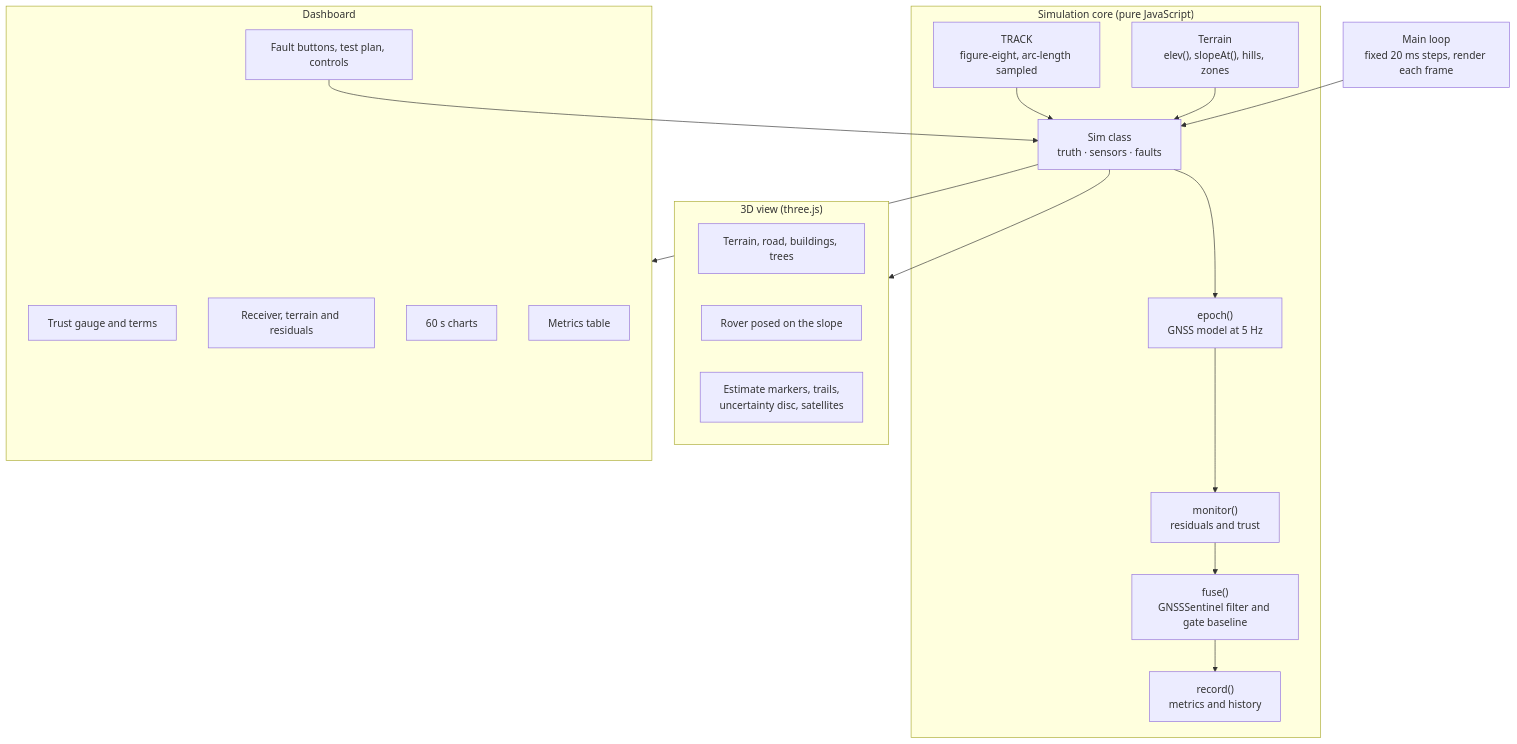
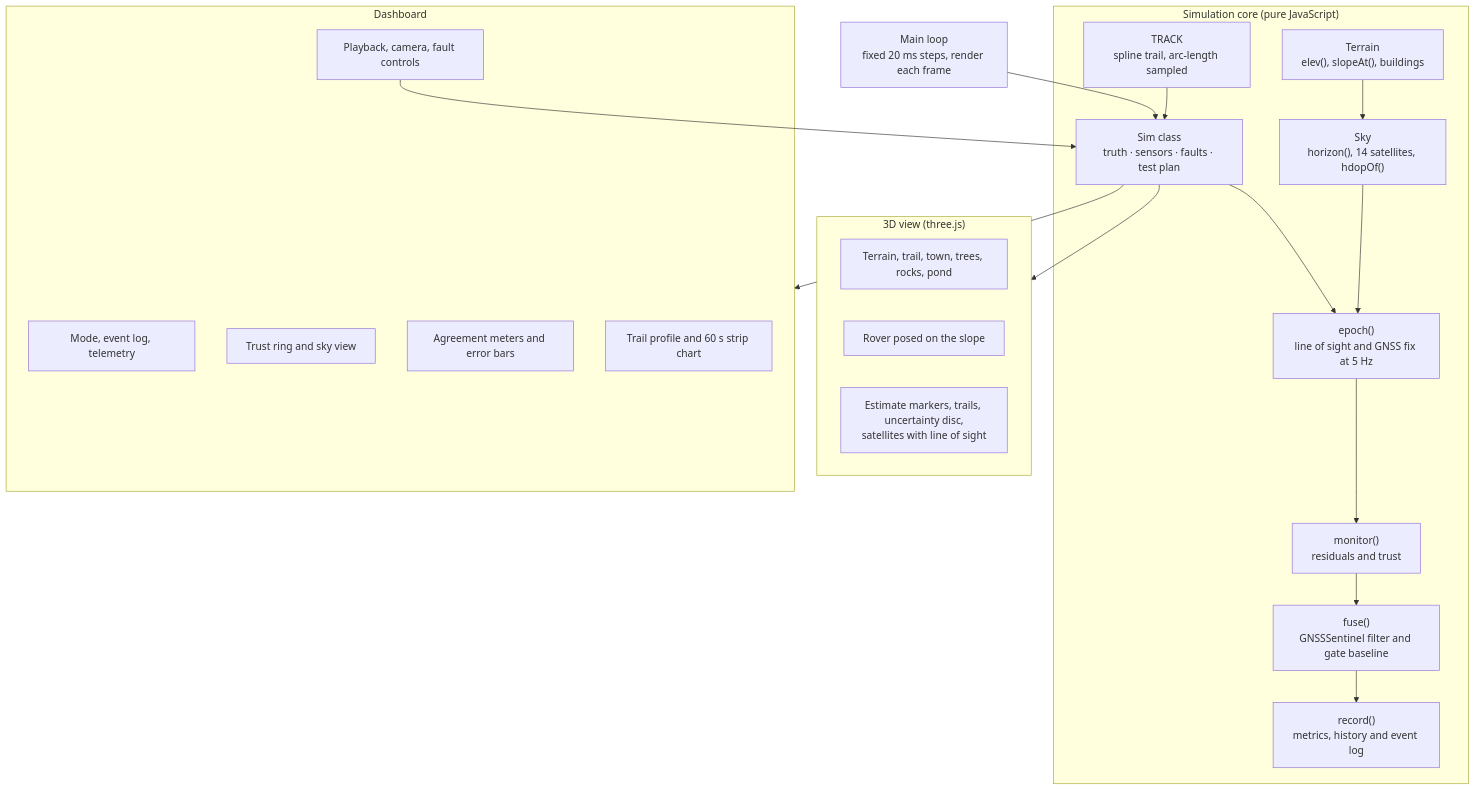
Before and after one commit to Bhavarth257/gnss-sentinel: the third of 3 diagrams in README.md, drawn with Mermaid. The commit also changed other lines of this file and 7 other files, not shown here.

Commit message:
Hilly trail with line-of-sight GPS model and instrument-style dashboard

````diff
--- a/README.md
+++ b/README.md
@@ -285,35 +343,36 @@
 ```mermaid
 flowchart TB
     subgraph CORE["Simulation core (pure JavaScript)"]
-        TR["TRACK<br/>figure-eight, arc-length sampled"]
-        TER["Terrain<br/>elev(), slopeAt(), hills, zones"]
-        SIM["Sim class<br/>truth · sensors · faults"]
-        EP["epoch()<br/>GNSS model at 5 Hz"]
+        TR["TRACK<br/>spline trail, arc-length sampled"]
+        TER["Terrain<br/>elev(), slopeAt(), buildings"]
+        SKY["Sky<br/>horizon(), 14 satellites, hdopOf()"]
+        SIM["Sim class<br/>truth · sensors · faults · test plan"]
+        EP["epoch()<br/>line of sight and GNSS fix at 5 Hz"]
         MO["monitor()<br/>residuals and trust"]
         FU["fuse()<br/>GNSSSentinel filter and gate baseline"]
-        RE["record()<br/>metrics and history"]
+        RE["record()<br/>metrics, history and event log"]
         SIM --> EP --> MO --> FU --> RE
         TR --> SIM
-        TER --> SIM
+        TER --> SKY --> EP
     end
 
     subgraph VIEW["3D view (three.js)"]
-        SC["Terrain, road, buildings, trees"]
+        SC["Terrain, trail, town, trees, rocks, pond"]
         RV["Rover posed on the slope"]
-        MK["Estimate markers, trails,<br/>uncertainty disc, satellites"]
+        MK["Estimate markers, trails, uncertainty disc,<br/>satellites with line of sight"]
     end
 
     subgraph UI["Dashboard"]
-        GA["Trust gauge and terms"]
-        RX["Receiver, terrain and residuals"]
-        CH["60 s charts"]
-        MT["Metrics table"]
-        CT["Fault buttons, test plan, controls"]
+        GA["Mode, event log, telemetry"]
+        RG["Trust ring and sky view"]
+        RX["Agreement meters and error bars"]
+        CH["Trail profile and 60 s strip chart"]
+        CT["Playback, camera, fault controls"]
     end
 
     LOOP["Main loop<br/>fixed 20 ms steps, render each frame"]
     LOOP --> SIM
     SIM --> VIEW
     SIM --> UI
     CT --> SIM
 ```
````
